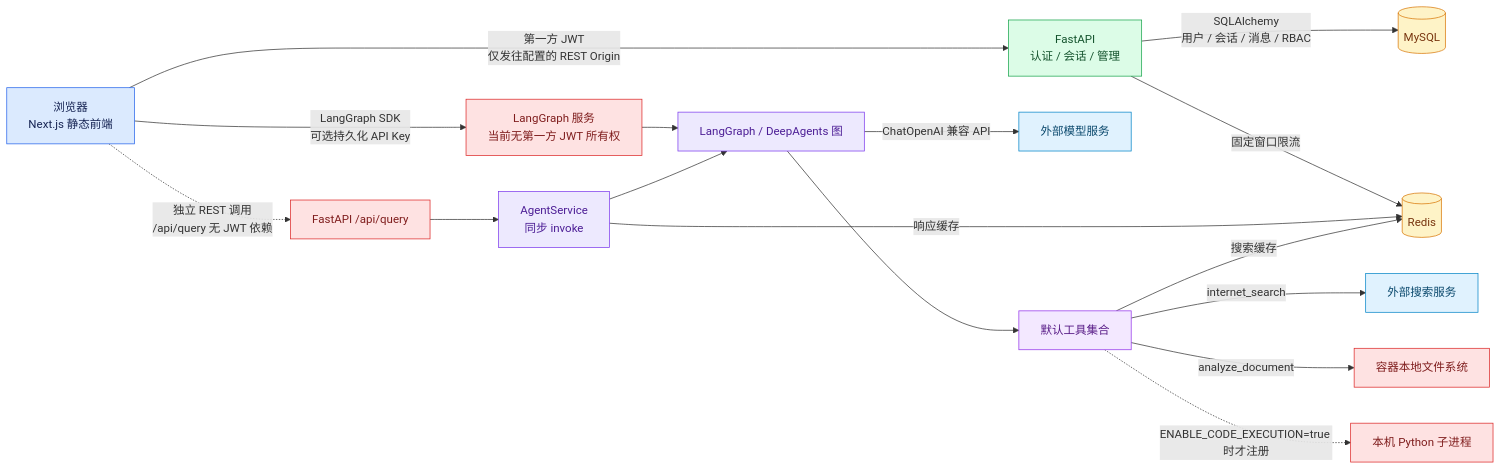
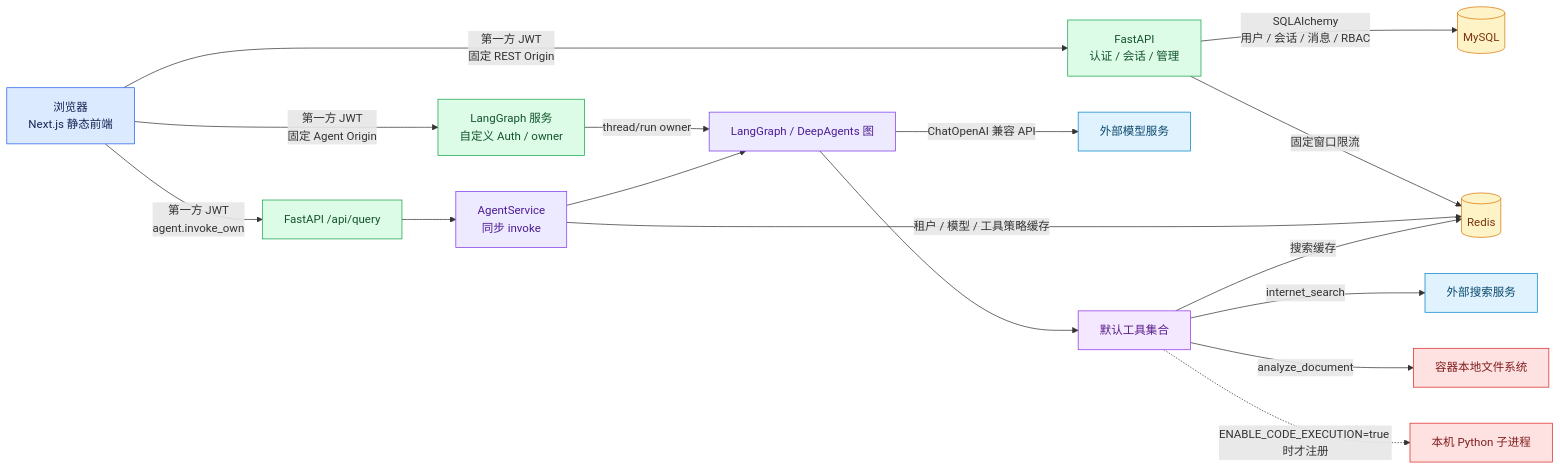
Before and after one commit to jwj911/deep_data_agent: the diagram in .trae/documents/project_analysis.md, drawn with Mermaid. The commit also changed other lines of this file and 30 other files, not shown here.

````diff
--- a/.trae/documents/project_analysis.md
+++ b/.trae/documents/project_analysis.md
@@ -109,36 +110,36 @@
 ```mermaid
 flowchart LR
-    B["浏览器<br/>Next.js 静态前端"] -->|"第一方 JWT<br/>仅发往配置的 REST Origin"| F["FastAPI<br/>认证 / 会话 / 管理"]
-    B -->|"LangGraph SDK<br/>可选持久化 API Key"| L["LangGraph 服务<br/>当前无第一方 JWT 所有权"]
-    B -.->|"独立 REST 调用<br/>/api/query 无 JWT 依赖"| Q["FastAPI /api/query"]
+    B["浏览器<br/>Next.js 静态前端"] -->|"第一方 JWT<br/>固定 REST Origin"| F["FastAPI<br/>认证 / 会话 / 管理"]
+    B -->|"第一方 JWT<br/>固定 Agent Origin"| L["LangGraph 服务<br/>自定义 Auth / owner"]
+    B -->|"第一方 JWT<br/>agent.invoke_own"| Q["FastAPI /api/query"]
 
     F -->|"SQLAlchemy<br/>用户 / 会话 / 消息 / RBAC"| M[("MySQL")]
     F -->|"固定窗口限流"| R[("Redis")]
     Q --> A["AgentService<br/>同步 invoke"]
-    L --> G["LangGraph / DeepAgents 图"]
+    L -->|"thread/run owner"| G["LangGraph / DeepAgents 图"]
     A --> G
-    A -->|"响应缓存"| R
+    A -->|"租户 / 模型 / 工具策略缓存"| R
     G -->|"ChatOpenAI 兼容 API"| X["外部模型服务"]
     G --> T["默认工具集合"]
     T -->|"internet_search"| S["外部搜索服务"]
     T -->|"analyze_document"| D["容器本地文件系统"]
     T -.->|"ENABLE_CODE_EXECUTION=true 时才注册"| C["本机 Python 子进程"]
     T -->|"搜索缓存"| R
 
     class B browser
     class F boundary
-    class L,Q risk
+    class L,Q boundary
     class A,G compute
     class M,R data
     class X,S external
     class T tool
     class D,C risk
 
     classDef browser fill:#dbeafe,color:#172554,stroke:#2563eb
     classDef boundary fill:#dcfce7,color:#14532d,stroke:#16a34a
     classDef risk fill:#fee2e2,color:#7f1d1d,stroke:#dc2626
     classDef compute fill:#ede9fe,color:#4c1d95,stroke:#7c3aed
     classDef data fill:#fef3c7,color:#78350f,stroke:#d97706
     classDef external fill:#e0f2fe,color:#0c4a6e,stroke:#0284c7
     classDef tool fill:#f3e8ff,color:#581c87,stroke:#9333ea
 ```
````
